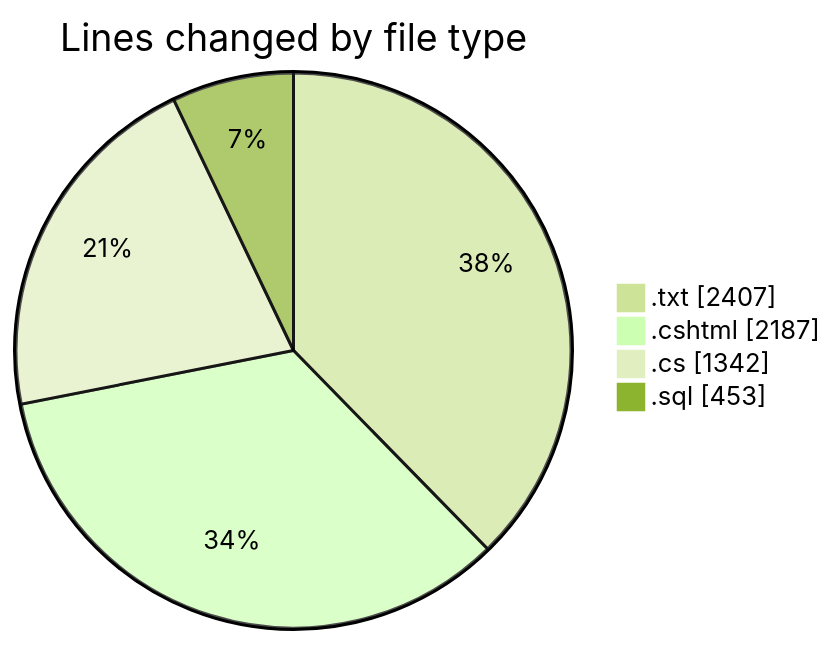
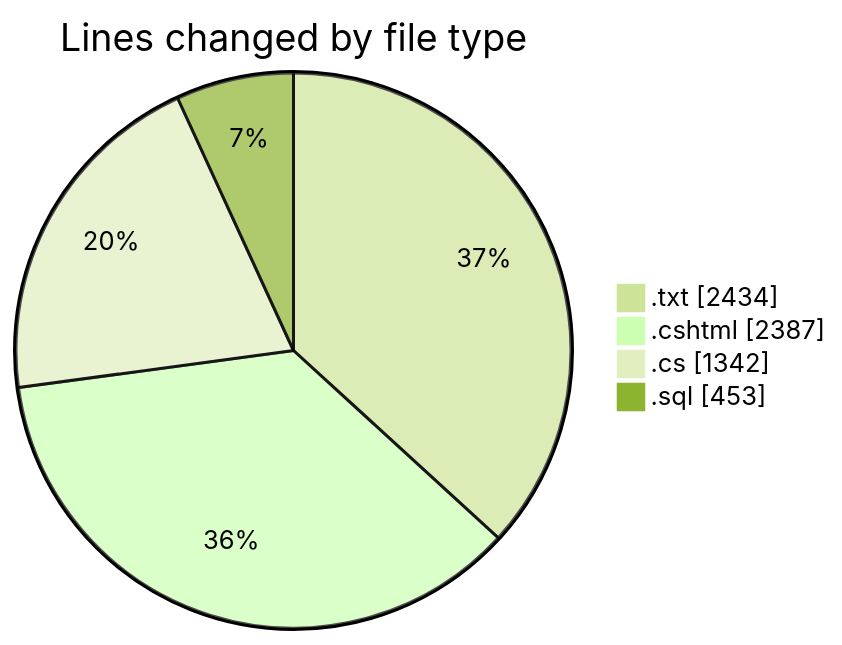
Before and after one commit to lephambinh05/code-tracking: the first of 2 diagrams in 2025-07-25/quanlyrapchieuphim-1/README.md, drawn with Mermaid (forest theme). The commit also changed other lines of this file and 1 other file, not shown here.

````diff
--- a/2025-07-25/quanlyrapchieuphim-1/README.md
+++ b/2025-07-25/quanlyrapchieuphim-1/README.md
@@ -25,8 +26,8 @@
 ```mermaid
 pie showData
 title Lines changed by file type
-".txt" : 2407
-".cshtml" : 2187
+".txt" : 2434
+".cshtml" : 2387
 ".cs" : 1342
 ".sql" : 453
 ```
````
